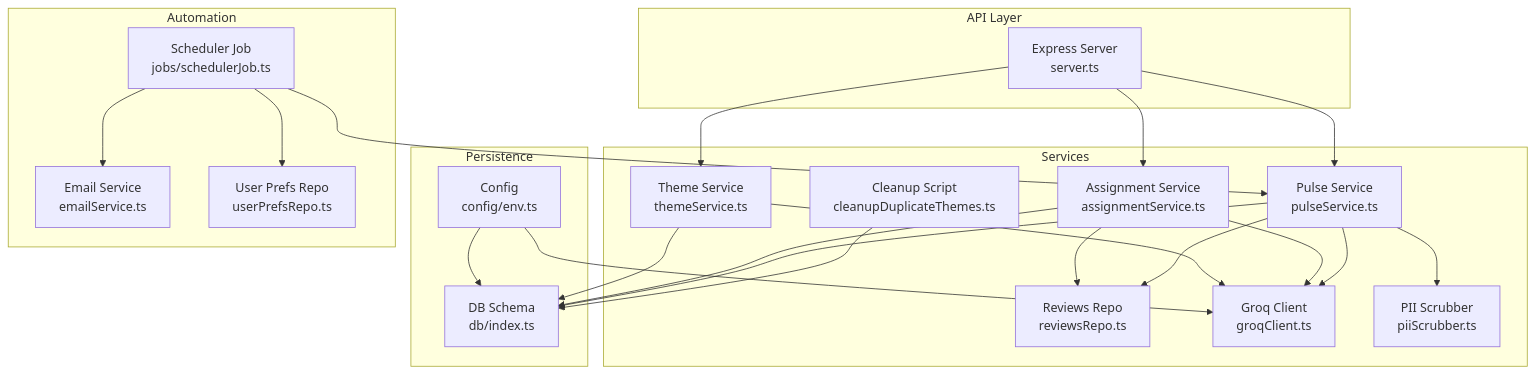
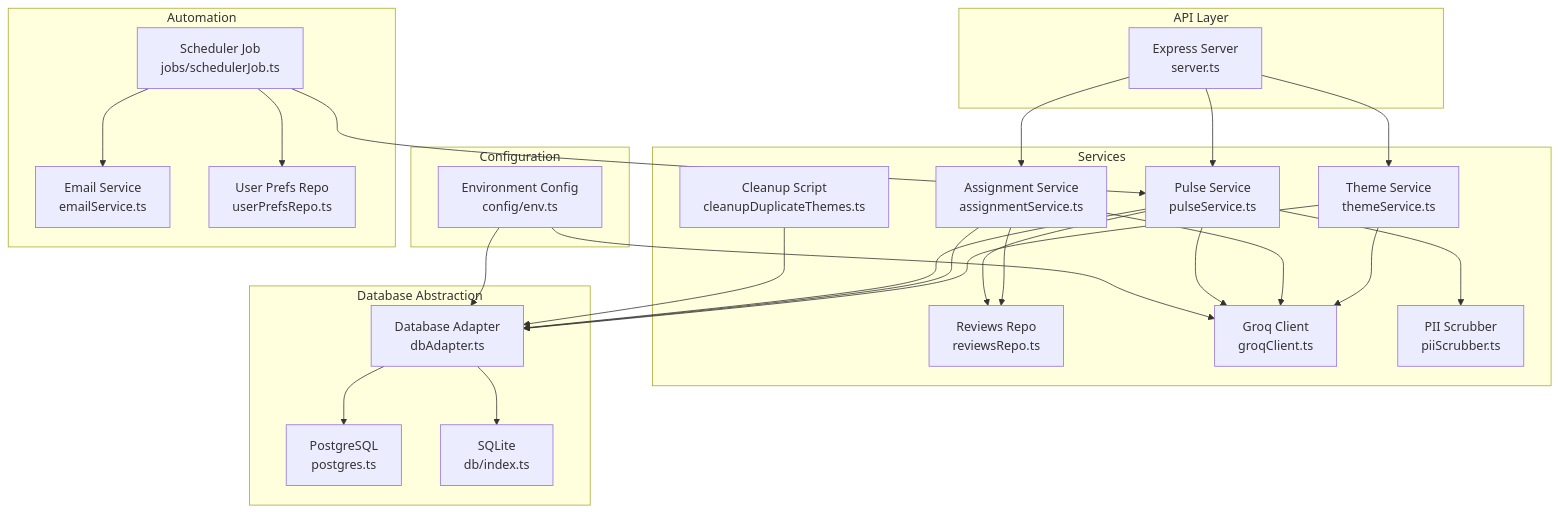
One commit to aravinthraj-ramalingam/Groww-App-Review-Insights-Analyzer- changed the first of 9 diagrams in .qoder/repowiki/en/content/Phase 2_ Advanced Analytics & Automation/Theme Generation & Management.md. Above: the diagram before and after it, drawn with Mermaid. The commit also changed other lines of this file and 10 other files, not shown here.

````diff
--- a/.qoder/repowiki/en/content/Phase 2_ Advanced Analytics & Automation/Theme Generation & Management.md
+++ b/.qoder/repowiki/en/content/Phase 2_ Advanced Analytics & Automation/Theme Generation & Management.md
@@ -52,42 +55,48 @@
 ```mermaid
 graph TB
 subgraph "API Layer"
 Srv["Express Server<br/>server.ts"]
 end
 subgraph "Services"
 TSvc["Theme Service<br/>themeService.ts"]
 ASvc["Assignment Service<br/>assignmentService.ts"]
 PSvc["Pulse Service<br/>pulseService.ts"]
 RRepo["Reviews Repo<br/>reviewsRepo.ts"]
 GClt["Groq Client<br/>groqClient.ts"]
 Scrub["PII Scrubber<br/>piiScrubber.ts"]
 Cleanup["Cleanup Script<br/>cleanupDuplicateThemes.ts"]
 end
-subgraph "Persistence"
-DBIdx["DB Schema<br/>db/index.ts"]
-CFG["Config<br/>config/env.ts"]
+subgraph "Database Abstraction"
+DBAdapter["Database Adapter<br/>dbAdapter.ts"]
+Postgres["PostgreSQL<br/>postgres.ts"]
+SQLite["SQLite<br/>db/index.ts"]
+end
+subgraph "Configuration"
+CFG["Environment Config<br/>config/env.ts"]
 end
 subgraph "Automation"
 Sch["Scheduler Job<br/>jobs/schedulerJob.ts"]
 Mail["Email Service<br/>emailService.ts"]
 UPrefs["User Prefs Repo<br/>userPrefsRepo.ts"]
 end
 Srv --> TSvc
 Srv --> ASvc
 Srv --> PSvc
 TSvc --> GClt
 ASvc --> GClt
 PSvc --> GClt
 PSvc --> Scrub
 ASvc --> RRepo
 PSvc --> RRepo
-TSvc --> DBIdx
-ASvc --> DBIdx
-PSvc --> DBIdx
-Cleanup --> DBIdx
+TSvc --> DBAdapter
+ASvc --> DBAdapter
+PSvc --> DBAdapter
+DBAdapter --> Postgres
+DBAdapter --> SQLite
+Cleanup --> DBAdapter
 Sch --> PSvc
 Sch --> Mail
 Sch --> UPrefs
-CFG --> DBIdx
+CFG --> DBAdapter
 CFG --> GClt
 ```
````
